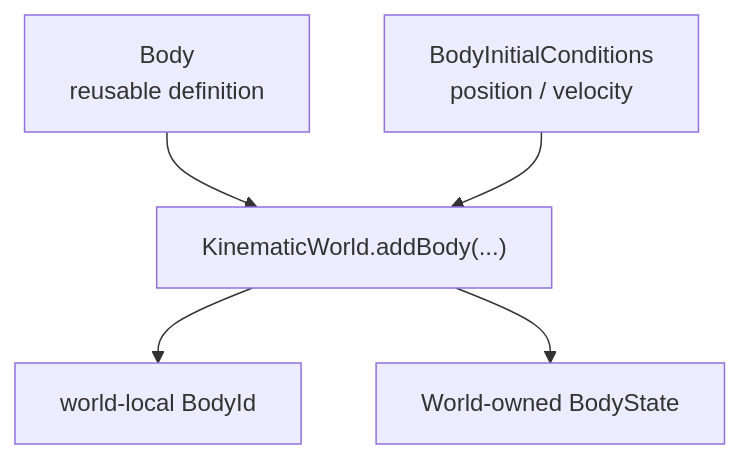
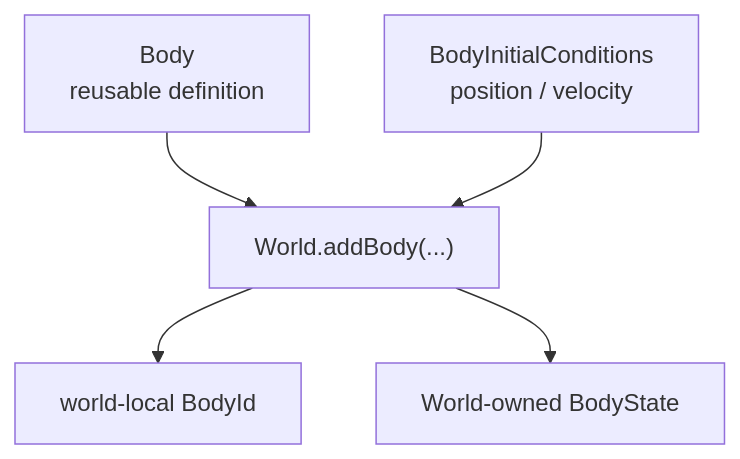
The third of 7 diagrams in docs/project/project-map.md (fa-ribeiro/vLab2D), drawn with Mermaid before and after one commit. The commit also changed 12 other files, not shown here.

````diff
--- a/docs/project/project-map.md
+++ b/docs/project/project-map.md
@@ -88,13 +88,13 @@
 ```mermaid
 flowchart TD
     BODY["Body<br/>reusable definition"]
-    ADD["KinematicWorld.addBody(...)"]
+    ADD["World.addBody(...)"]
     INIT["BodyInitialConditions<br/>position / velocity"]
     ID["world-local BodyId"]
     STATE["World-owned BodyState"]
 
     BODY --> ADD
     INIT --> ADD
     ADD --> ID
     ADD --> STATE
 ```
````
